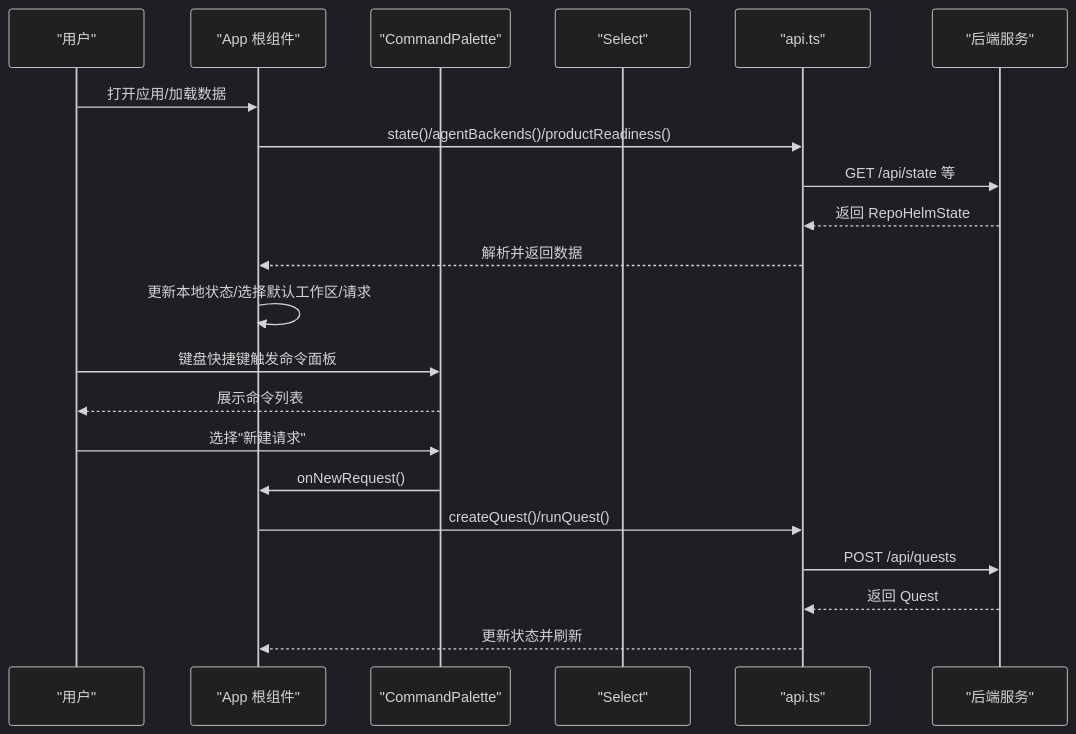
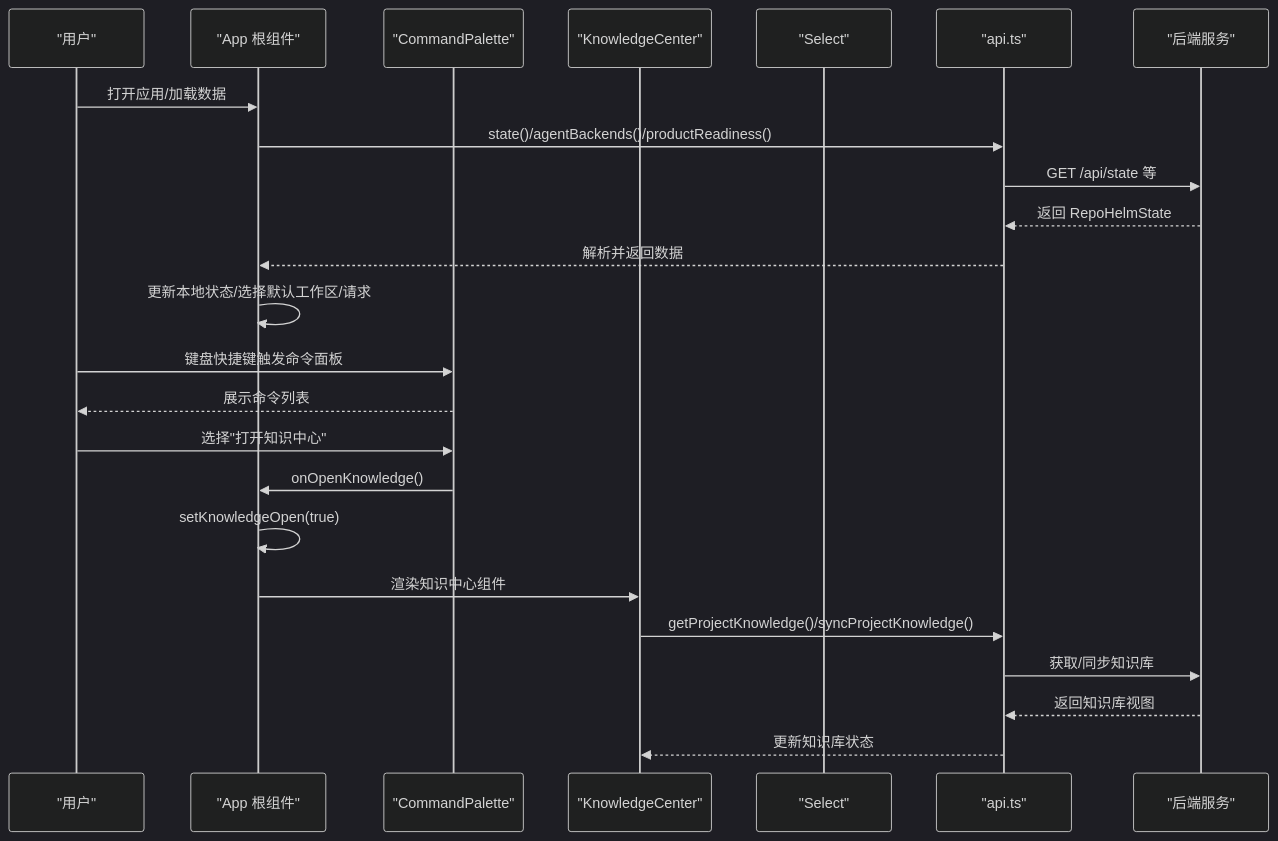
The second of 14 diagrams in .qoder/repowiki/zh/content/Web 前端应用/Web 前端应用.md (coconilu/RepoHelm), drawn with Mermaid (dark theme) before and after one commit. The commit also changed other lines of this file and 9 other files, not shown here.

First line of the commit message:
docs(zh): add KnowledgeCenter, Markdown & Mermaid

````diff
--- a/.qoder/repowiki/zh/content/Web 前端应用/Web 前端应用.md
+++ b/.qoder/repowiki/zh/content/Web 前端应用/Web 前端应用.md
@@ -127,23 +150,26 @@
 ```mermaid
 sequenceDiagram
 participant U as "用户"
 participant A as "App 根组件"
 participant C as "CommandPalette"
+participant KC as "KnowledgeCenter"
 participant S as "Select"
 participant API as "api.ts"
 participant B as "后端服务"
 U->>A : 打开应用/加载数据
 A->>API : state()/agentBackends()/productReadiness()
 API->>B : GET /api/state 等
 B-->>API : 返回 RepoHelmState
 API-->>A : 解析并返回数据
 A->>A : 更新本地状态/选择默认工作区/请求
 U->>C : 键盘快捷键触发命令面板
 C-->>U : 展示命令列表
-U->>C : 选择"新建请求"
-C->>A : onNewRequest()
-A->>API : createQuest()/runQuest()
-API->>B : POST /api/quests
-B-->>API : 返回 Quest
-API-->>A : 更新状态并刷新
+U->>C : 选择"打开知识中心"
+C->>A : onOpenKnowledge()
+A->>A : setKnowledgeOpen(true)
+A->>KC : 渲染知识中心组件
+KC->>API : getProjectKnowledge()/syncProjectKnowledge()
+API->>B : 获取/同步知识库
+B-->>API : 返回知识库视图
+API-->>KC : 更新知识库状态
 ```
````
